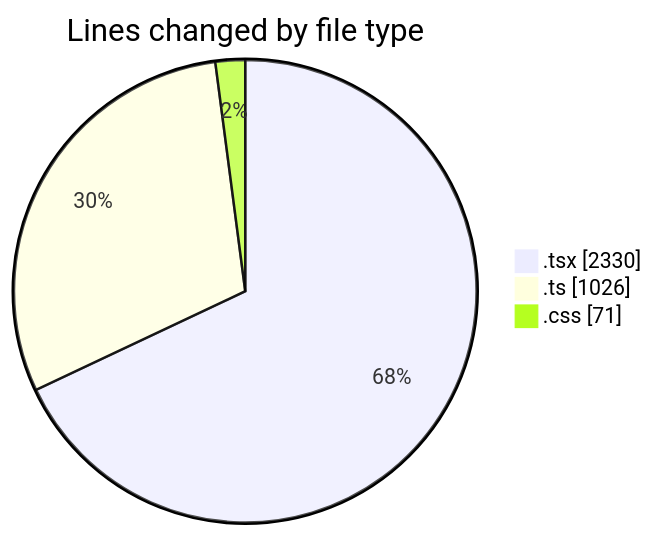
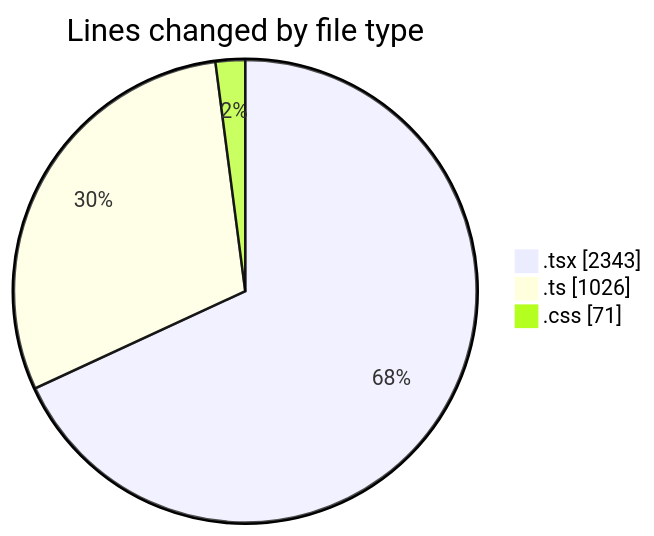
One commit to robertbonfada/code-tracking changed the first of 2 diagrams in 2025-01-27/mbc-web/README.md. Above: the diagram before and after it, drawn with Mermaid. The commit also changed other lines of this file and 1 other file, not shown here.

````diff
--- a/2025-01-27/mbc-web/README.md
+++ b/2025-01-27/mbc-web/README.md
@@ -31,7 +31,7 @@
 ```mermaid
 pie showData
 title Lines changed by file type
-".tsx" : 2330
+".tsx" : 2343
 ".ts" : 1026
 ".css" : 71
 ```
````
